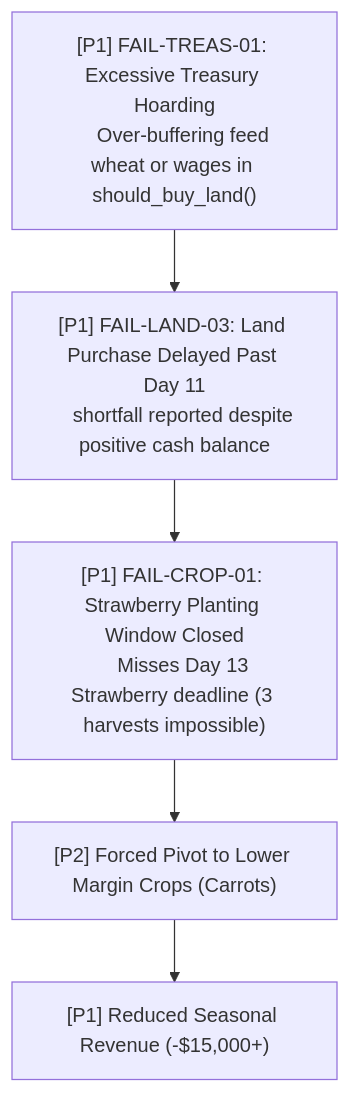
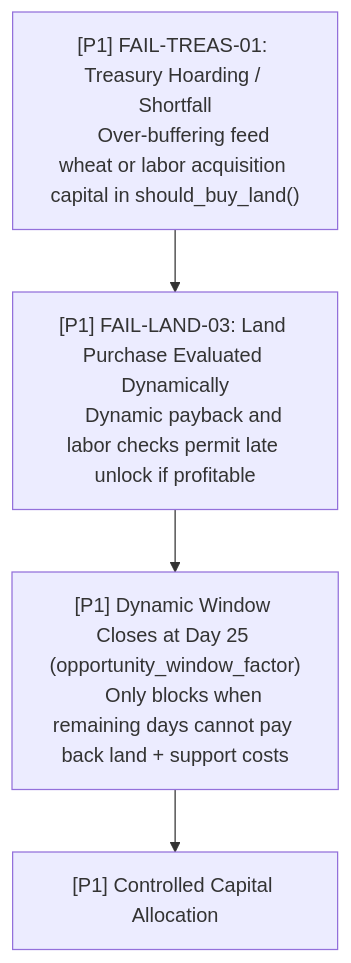
Before and after one commit to aaryasj0310-stack/farm: the second of 10 diagrams in architecture/failure_propagation.md, drawn with Mermaid. The commit also changed other lines of this file and 242 other files, not shown here.

````diff
--- a/architecture/failure_propagation.md
+++ b/architecture/failure_propagation.md
@@ -43,13 +52,12 @@
 ```mermaid
 flowchart TD
-    F1["[P1] FAIL-TREAS-01: Excessive Treasury Hoarding
-    Over-buffering feed wheat or wages in should_buy_land()"]
-    F2["[P1] FAIL-LAND-03: Land Purchase Delayed Past Day 11
-    shortfall reported despite positive cash balance"]
-    F3["[P1] FAIL-CROP-01: Strawberry Planting Window Closed
-    Misses Day 13 Strawberry deadline (3 harvests impossible)"]
-    F4["[P2] Forced Pivot to Lower Margin Crops (Carrots)"]
-    F5["[P1] Reduced Seasonal Revenue (-$15,000+)"]
+    F1["[P1] FAIL-TREAS-01: Treasury Hoarding / Shortfall
+    Over-buffering feed wheat or labor acquisition capital in should_buy_land()"]
+    F2["[P1] FAIL-LAND-03: Land Purchase Evaluated Dynamically
+    Dynamic payback and labor checks permit late unlock if profitable"]
+    F3["[P1] Dynamic Window Closes at Day 25 (opportunity_window_factor)
+    Only blocks when remaining days cannot pay back land + support costs"]
+    F4["[P1] Controlled Capital Allocation"]
 
-    F1 --> F2 --> F3 --> F4 --> F5
+    F1 --> F2 --> F3 --> F4
 ```
````
